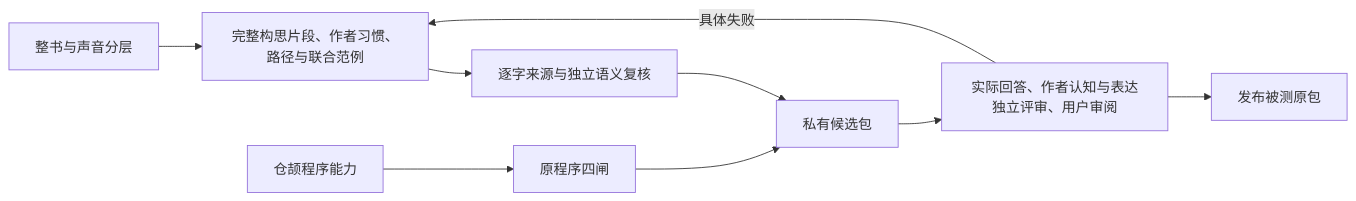
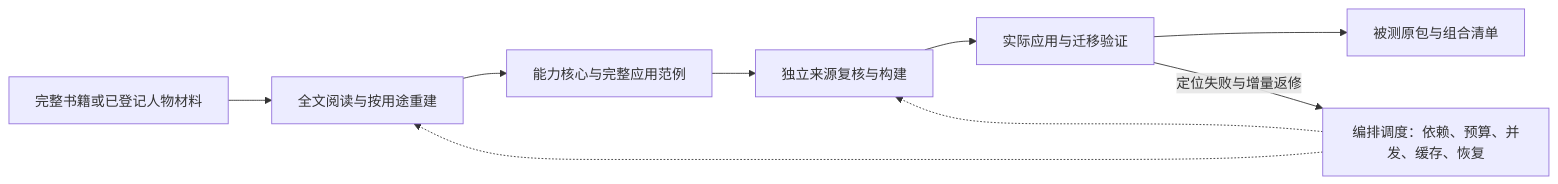
One commit to cloudxy/book-plugin changed the diagram in README.md. Above: the diagram before and after it, drawn with Mermaid. The commit also changed other lines of this file and 29 other files, not shown here.

````diff
--- a/README.md
+++ b/README.md
@@ -7,11 +9,11 @@
 ```mermaid
 flowchart LR
-    A[整书与声音分层] --> B[完整构思片段、作者习惯、路径与联合范例]
-    B --> C[逐字来源与独立语义复核]
-    D[仓颉程序能力] --> E[原程序四闸]
-    C --> F[私有候选包]
-    E --> F
-    F --> G[实际回答、作者认知与表达独立评审、用户审阅]
-    G --> H[发布被测原包]
-    G -->|具体失败| B
+    A[完整书籍或已登记人物材料] --> B[全文阅读与按用途重建]
+    B --> C[能力核心与完整应用范例]
+    C --> D[独立来源复核与构建]
+    D --> E[实际应用与迁移验证]
+    E --> F[被测原包与组合清单]
+    S[编排调度：依赖、预算、并发、缓存、恢复] -.-> B
+    S -.-> D
+    E -->|定位失败与增量返修| S
 ```
````
